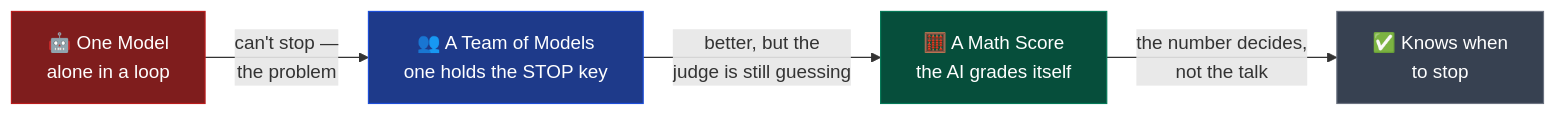
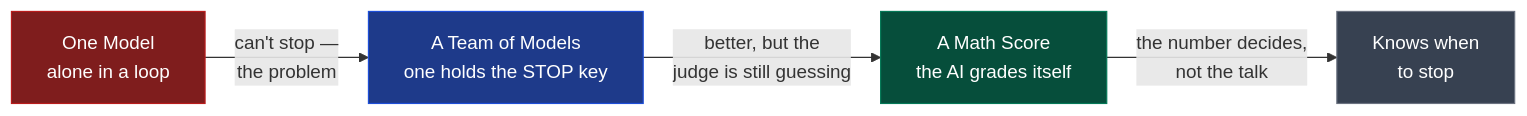
Before and after one commit to m4vic/Autopilot-zero-to-hero: the diagram in book/00-start-here.md, drawn with Mermaid. The commit also changed 15 other files, not shown here.

````diff
--- a/book/00-start-here.md
+++ b/book/00-start-here.md
@@ -47,11 +47,11 @@
 ```mermaid
-flowchart LR
-    A["🤖 One Model<br/>alone in a loop"] -->|"can't stop —<br/>the problem"| B["👥 A Team of Models<br/>one holds the STOP key"]
-    B -->|"better, but the<br/>judge is still guessing"| C["🧮 A Math Score<br/>the AI grades itself"]
-    C -->|"the number decides,<br/>not the talk"| D["✅ Knows when<br/>to stop"]
+    flowchart LR
+    A["One Model<br/>alone in a loop"] -->|"can't stop —<br/>the problem"| B["A Team of Models<br/>one holds the STOP key"]
+    B -->|"better, but the<br/>judge is still guessing"| C["A Math Score<br/>the AI grades itself"]
+    C -->|"the number decides,<br/>not the talk"| D["Knows when<br/>to stop"]
 
     style A fill:#7f1d1d,stroke:#b91c1c,color:#fff
     style B fill:#1e3a8a,stroke:#1d4ed8,color:#fff
     style C fill:#064e3b,stroke:#047857,color:#fff
     style D fill:#374151,stroke:#6b7280,color:#fff
 ```
````
